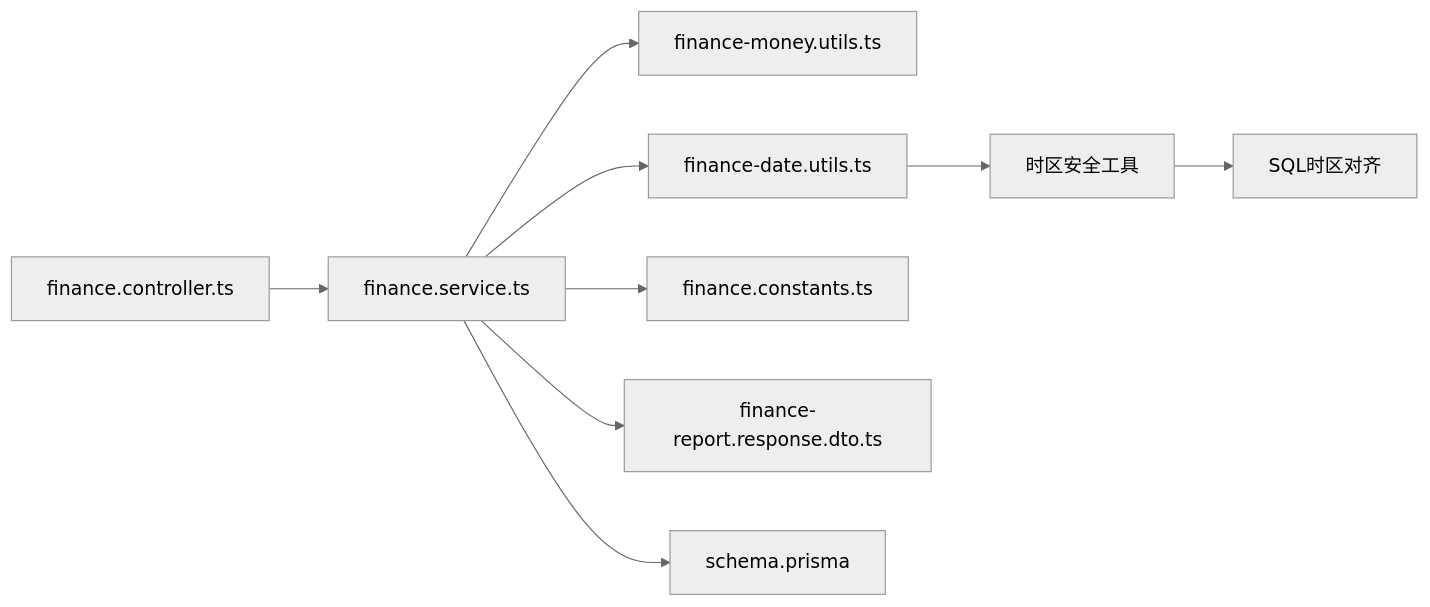
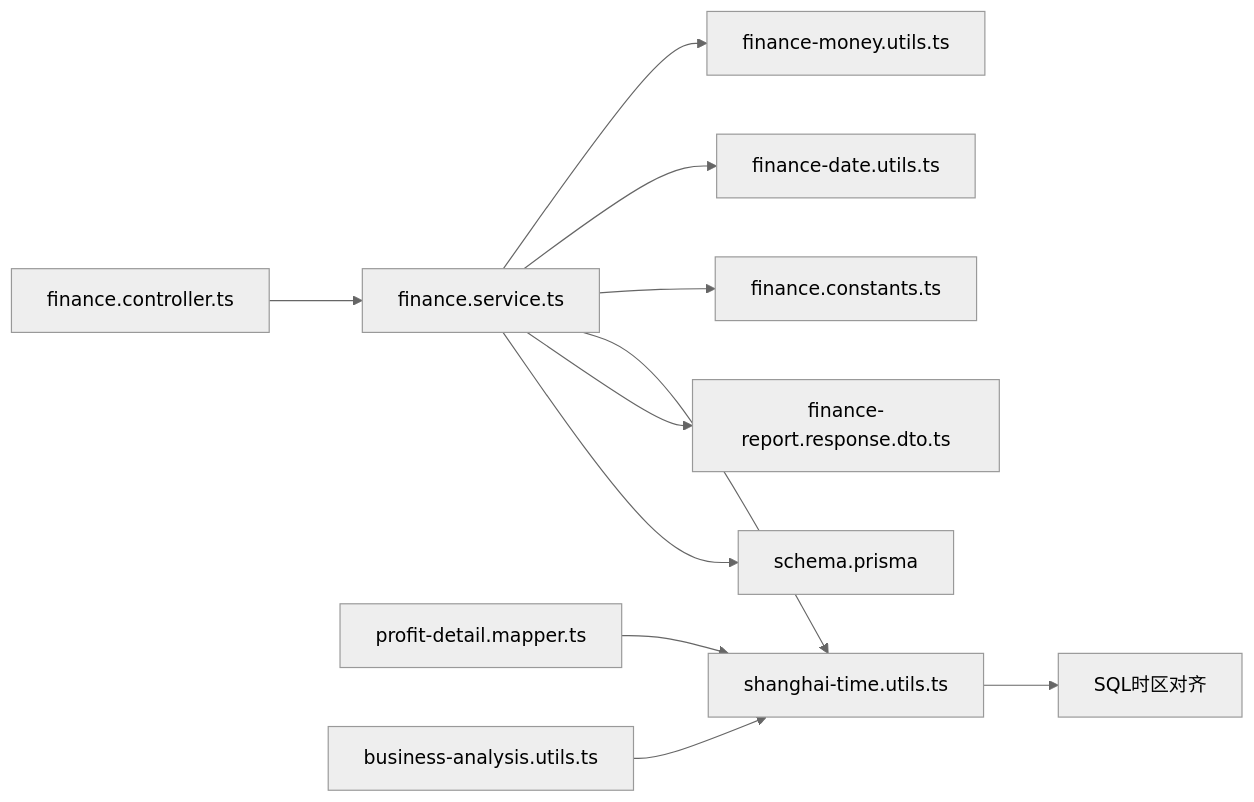
One commit to rc558620/purelyprofit-server changed the tenth of 10 diagrams in .qoder/repowiki/zh/content/业务模块/财务管理模块/财务报表.md. Above: the diagram before and after it, drawn with Mermaid (neutral theme). The commit also changed other lines of this file and 78 other files, not shown here.

````diff
--- a/.qoder/repowiki/zh/content/业务模块/财务管理模块/财务报表.md
+++ b/.qoder/repowiki/zh/content/业务模块/财务管理模块/财务报表.md
@@ -437,11 +522,13 @@
 ```mermaid
 graph LR
 Ctrl["finance.controller.ts"] --> Svc["finance.service.ts"]
 Svc --> Money["finance-money.utils.ts"]
 Svc --> DateU["finance-date.utils.ts"]
 Svc --> Const["finance.constants.ts"]
+Svc --> ShanghaiUtils["shanghai-time.utils.ts"]
 Svc --> DTO["finance-report.response.dto.ts"]
 Svc --> Prisma["schema.prisma"]
-DateU --> ShanghaiUtils["时区安全工具"]
 ShanghaiUtils --> SQL["SQL时区对齐"]
+ProfitDetail["profit-detail.mapper.ts"] --> ShanghaiUtils
+BusinessAnalysis["business-analysis.utils.ts"] --> ShanghaiUtils
 ```
````
